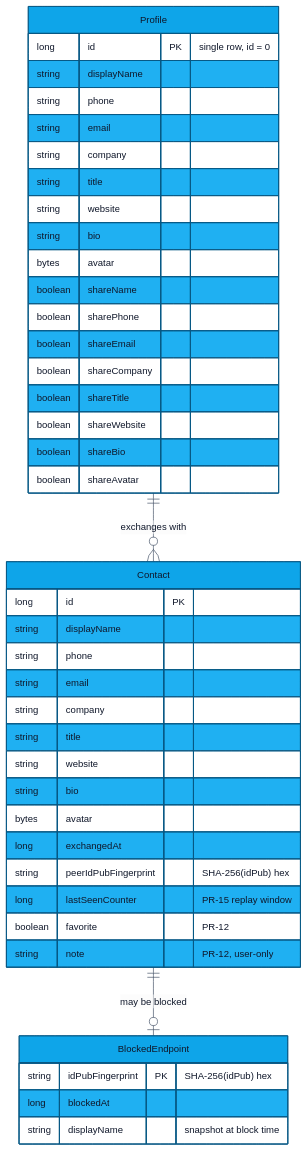
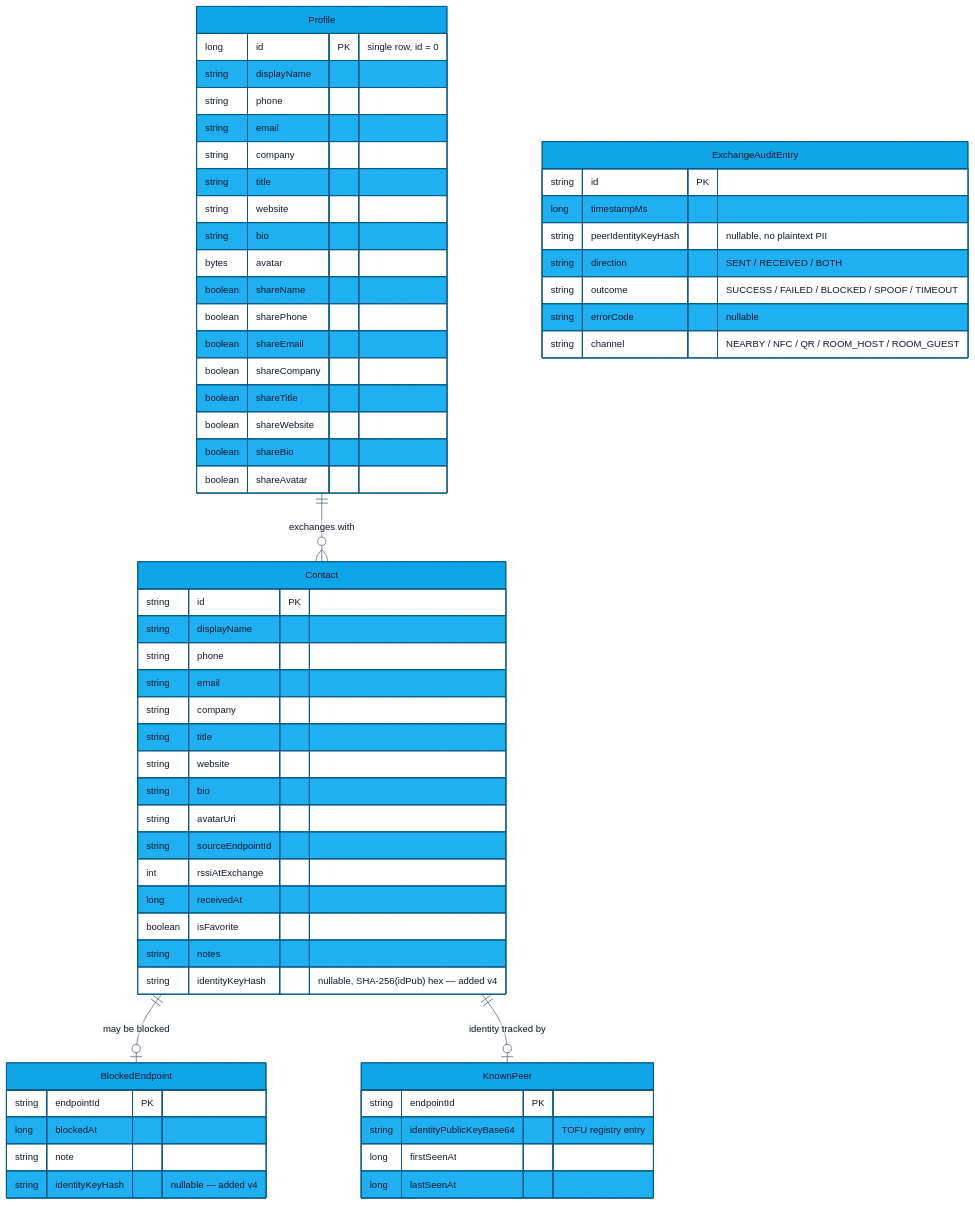
Before and after one commit to showerideas/Aura: the first of 2 diagrams in docs/DATA_MODEL.md, drawn with Mermaid. The commit also changed other lines of this file and 27 other files, not shown here.

````diff
--- a/docs/DATA_MODEL.md
+++ b/docs/DATA_MODEL.md
@@ -9,60 +9,80 @@
 ```mermaid
 %%{init: {'theme':'base','themeVariables':{
   'fontFamily':'ui-monospace, SFMono-Regular, Menlo, Monaco, monospace',
   'fontSize':'14px',
   'primaryColor':'#0EA5E9',
   'primaryTextColor':'#0F172A',
   'primaryBorderColor':'#075985',
   'lineColor':'#475569',
   'secondaryColor':'#F1F5F9',
   'tertiaryColor':'#FAFAF9',
   'clusterBkg':'#F8FAFC',
   'clusterBorder':'#CBD5E1'
 },'flowchart':{'curve':'basis','nodeSpacing':40,'rankSpacing':50,'padding':12},'sequence':{'actorMargin':50,'boxMargin':10,'noteMargin':10,'messageMargin':35}}}%%
 erDiagram
     Profile {
         long id PK "single row, id = 0"
         string displayName
         string phone
         string email
         string company
         string title
         string website
         string bio
         bytes avatar
         boolean shareName
         boolean sharePhone
         boolean shareEmail
         boolean shareCompany
         boolean shareTitle
         boolean shareWebsite
         boolean shareBio
         boolean shareAvatar
     }
 
     Contact {
-        long id PK
+        string id PK
         string displayName
         string phone
         string email
         string company
         string title
         string website
         string bio
-        bytes avatar
-        long exchangedAt
-        string peerIdPubFingerprint "SHA-256(idPub) hex"
-        long lastSeenCounter "PR-15 replay window"
-        boolean favorite "PR-12"
-        string note "PR-12, user-only"
+        string avatarUri
+        string sourceEndpointId
+        int rssiAtExchange
+        long receivedAt
+        boolean isFavorite
+        string notes
+        string identityKeyHash "nullable, SHA-256(idPub) hex — added v4"
     }
 
     BlockedEndpoint {
-        string idPubFingerprint PK "SHA-256(idPub) hex"
+        string endpointId PK
         long blockedAt
-        string displayName "snapshot at block time"
+        string note
+        string identityKeyHash "nullable — added v4"
+    }
+
+    KnownPeer {
+        string endpointId PK
+        string identityPublicKeyBase64 "TOFU registry entry"
+        long firstSeenAt
+        long lastSeenAt
+    }
+
+    ExchangeAuditEntry {
+        string id PK
+        long timestampMs
+        string peerIdentityKeyHash "nullable, no plaintext PII"
+        string direction "SENT / RECEIVED / BOTH"
+        string outcome "SUCCESS / FAILED / BLOCKED / SPOOF / TIMEOUT"
+        string errorCode "nullable"
+        string channel "NEARBY / NFC / QR / ROOM_HOST / ROOM_GUEST"
     }
 
     Profile ||--o{ Contact : "exchanges with"
     Contact ||--o| BlockedEndpoint : "may be blocked"
+    Contact ||--o| KnownPeer : "identity tracked by"
 ```
````
